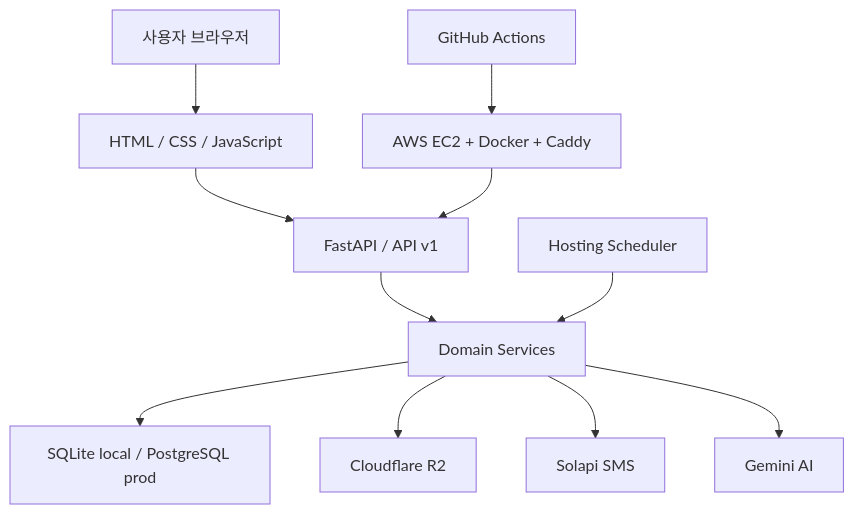
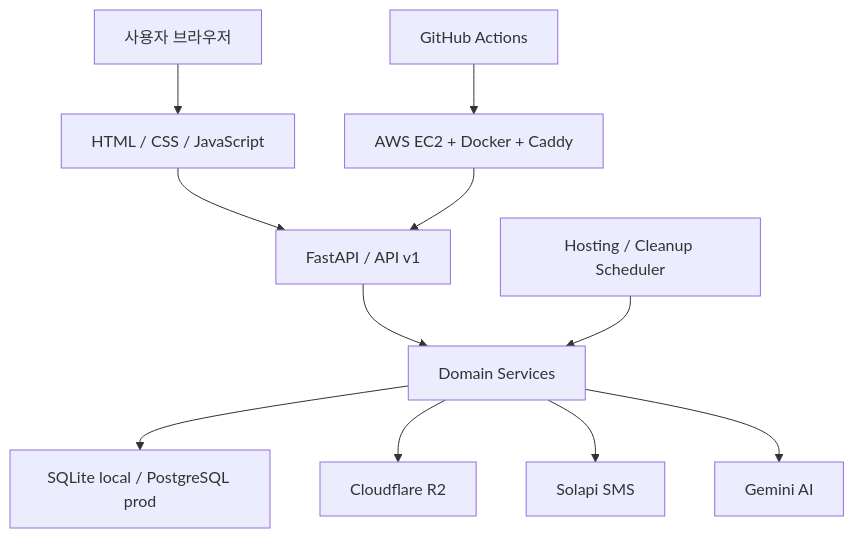
Before and after one commit to battlegroundcallofduty/Babdongmu: the second of 2 diagrams in README.md, drawn with Mermaid. The commit also changed other lines of this file, not shown here.

````diff
--- a/README.md
+++ b/README.md
@@ -124,13 +124,13 @@
 ```mermaid
 flowchart TB
     User["사용자 브라우저"] --> Frontend["HTML / CSS / JavaScript"]
     Frontend --> API["FastAPI / API v1"]
     API --> Domain["Domain Services"]
     Domain --> DB["SQLite local / PostgreSQL prod"]
     Domain --> R2["Cloudflare R2"]
     Domain --> SMS["Solapi SMS"]
     Domain --> Gemini["Gemini AI"]
-    Scheduler["Hosting Scheduler"] --> Domain
+    Scheduler["Hosting / Cleanup Scheduler"] --> Domain
     GitHub["GitHub Actions"] --> EC2["AWS EC2 + Docker + Caddy"]
     EC2 --> API
 ```
````
